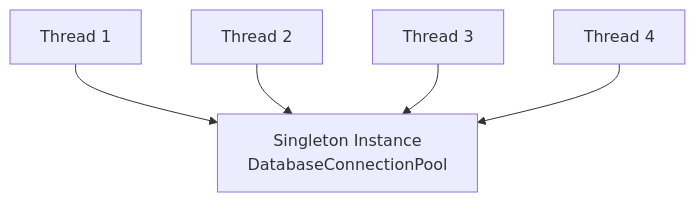
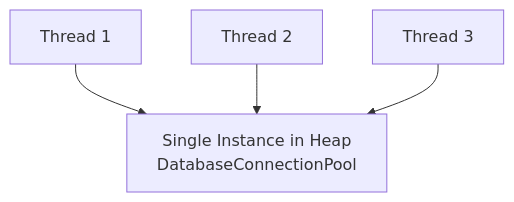
Before and after one commit to rohithgowda18/Notes: the first of 3 diagrams in 04-OOPs-and-Design-Patterns/03-Design-Patterns/10-Singleton-Design-Pattern.md, drawn with Mermaid. The commit also changed other lines of this file and 30 other files, not shown here.

````diff
--- a/04-OOPs-and-Design-Patterns/03-Design-Patterns/10-Singleton-Design-Pattern.md
+++ b/04-OOPs-and-Design-Patterns/03-Design-Patterns/10-Singleton-Design-Pattern.md
@@ -18,7 +7,6 @@
 ```mermaid
 flowchart TD
-    Client1[Thread 1] --> S[Singleton Instance<br/>DatabaseConnectionPool]
+    Client1[Thread 1] --> S[Single Instance in Heap<br/>DatabaseConnectionPool]
     Client2[Thread 2] --> S
     Client3[Thread 3] --> S
-    Client4[Thread 4] --> S
 ```
````
